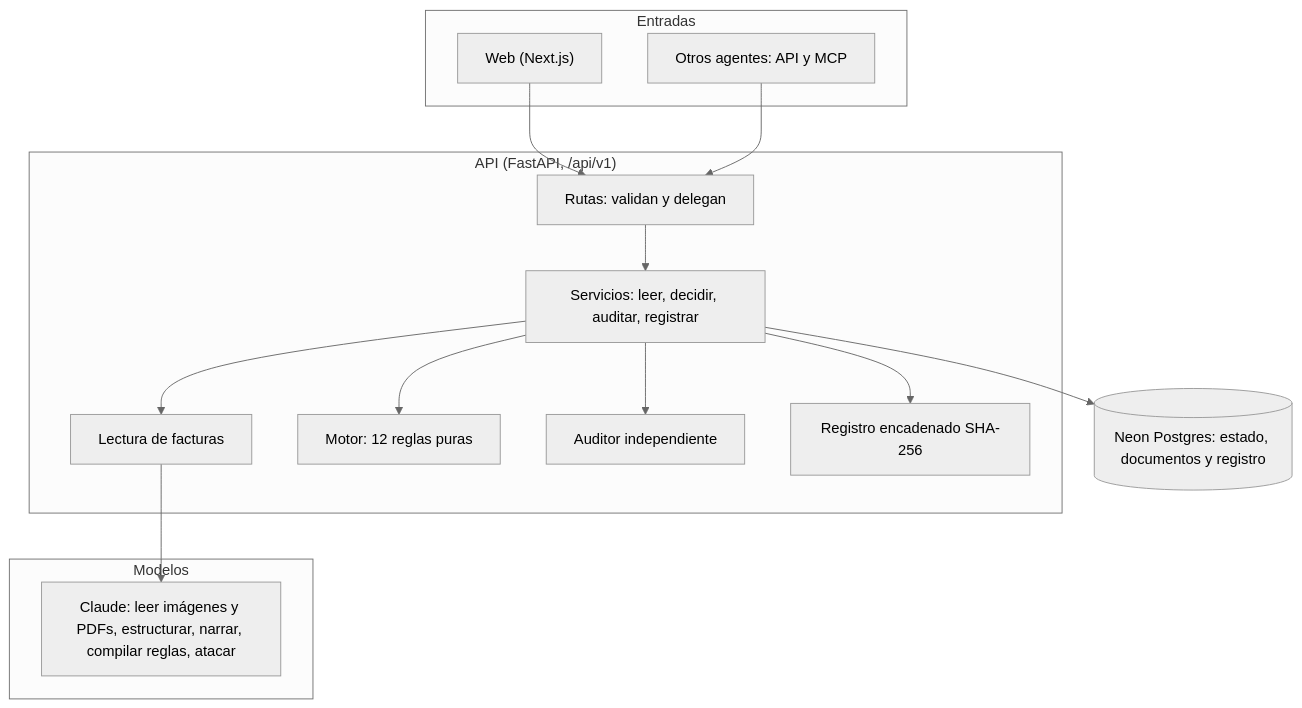
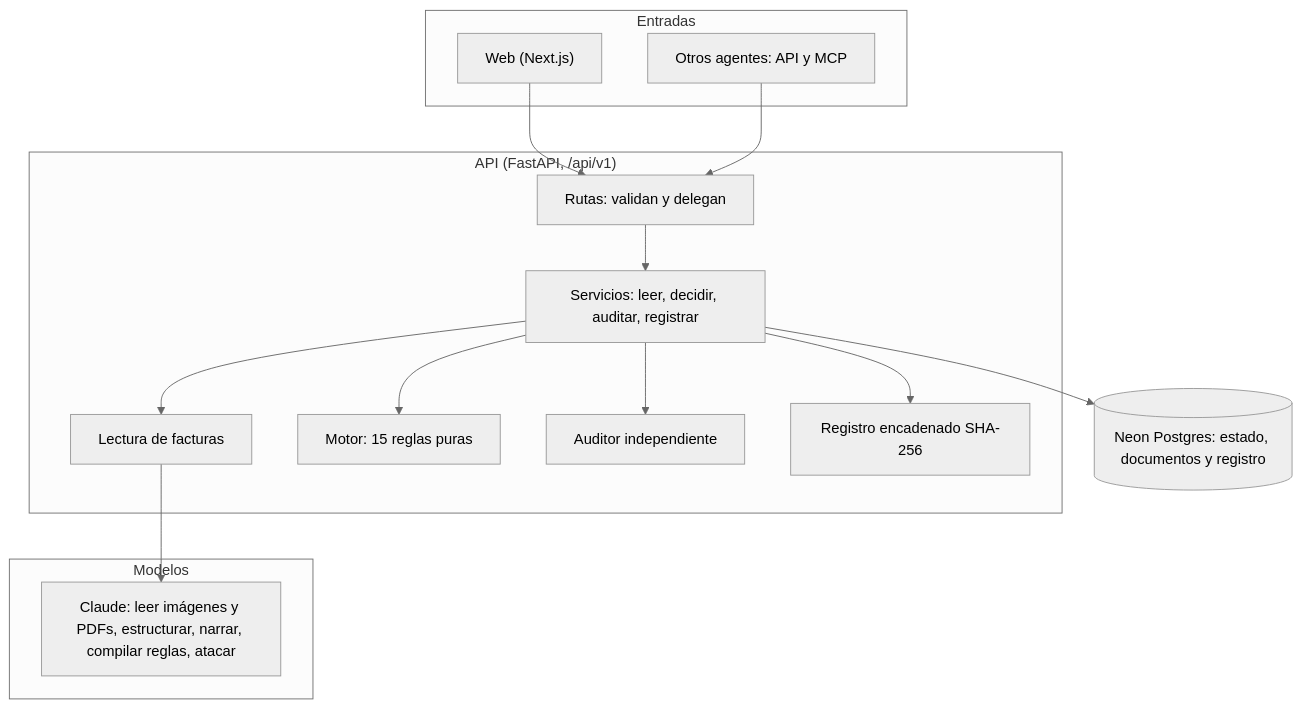
One commit to davidleonb27/blinka-keeper changed the diagram in docs/ARCHITECTURE.md. Above: the diagram before and after it, drawn with Mermaid (neutral theme). The commit also changed other lines of this file and 7 other files, not shown here.

````diff
--- a/docs/ARCHITECTURE.md
+++ b/docs/ARCHITECTURE.md
@@ -6,28 +6,28 @@
 ```mermaid
 flowchart TB
     subgraph Entradas
         WEB["Web (Next.js)"]
         AG["Otros agentes: API y MCP"]
     end
     subgraph API["API (FastAPI, /api/v1)"]
         RUTAS["Rutas: validan y delegan"]
         SERV["Servicios: leer, decidir, auditar, registrar"]
         LECT["Lectura de facturas"]
-        MOTOR["Motor: 12 reglas puras"]
+        MOTOR["Motor: 15 reglas puras"]
         AUD["Auditor independiente"]
         LED["Registro encadenado SHA-256"]
     end
     subgraph Modelos
         CL["Claude: leer imágenes y PDFs, estructurar, narrar, compilar reglas, atacar"]
     end
     DB[("Neon Postgres: estado, documentos y registro")]
     WEB --> RUTAS
     AG --> RUTAS
     RUTAS --> SERV
     SERV --> LECT
     LECT --> CL
     SERV --> MOTOR
     SERV --> AUD
     SERV --> LED
     SERV --> DB
 ```
````
